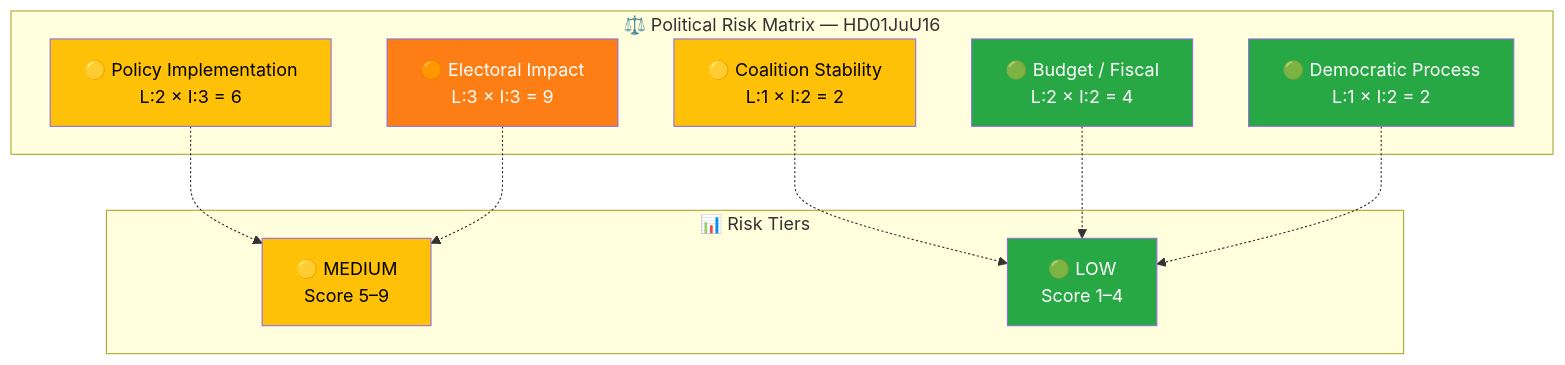
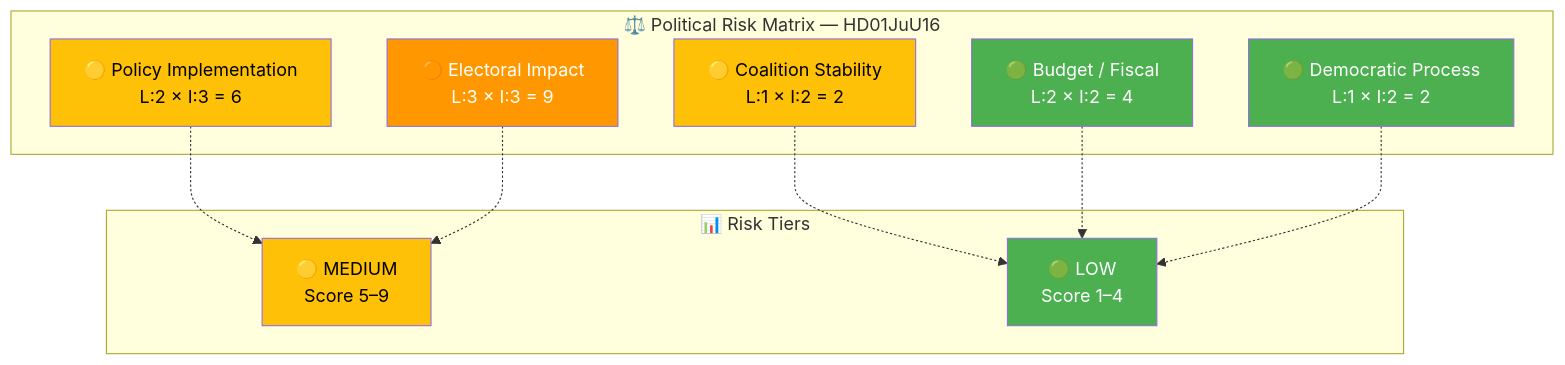
The second of 2 diagrams in analysis/daily/2026-03-27/committeeReports/documents/hd01juu16-analysis.md (Hack23/riksdagsmonitor), drawn with Mermaid before and after one commit. The commit also changed other lines of this file and 785 other files, not shown here.

First line of the commit message:
Normalize mermaid colors across 786 analysis artifacts to ISMS Style Guide palette

````diff
--- a/analysis/daily/2026-03-27/committeeReports/documents/hd01juu16-analysis.md
+++ b/analysis/daily/2026-03-27/committeeReports/documents/hd01juu16-analysis.md
@@ -82,29 +82,29 @@
 ```mermaid
 graph TD
     subgraph "⚖️ Political Risk Matrix — HD01JuU16"
         R1["🟡 Coalition Stability<br/>L:1 × I:2 = 2"]
         R2["🟡 Policy Implementation<br/>L:2 × I:3 = 6"]
         R3["🟢 Budget / Fiscal<br/>L:2 × I:2 = 4"]
         R4["🟠 Electoral Impact<br/>L:3 × I:3 = 9"]
         R5["🟢 Democratic Process<br/>L:1 × I:2 = 2"]
     end
 
     subgraph "📊 Risk Tiers"
         T3["🟡 MEDIUM<br/>Score 5–9"]
         T4["🟢 LOW<br/>Score 1–4"]
     end
 
     R1 -.-> T4
     R2 -.-> T3
     R3 -.-> T4
     R4 -.-> T3
     R5 -.-> T4
 
-    style R1 fill:#ffc107,color:#000
-    style R2 fill:#ffc107,color:#000
-    style R3 fill:#28a745,color:#fff
-    style R4 fill:#fd7e14,color:#fff
-    style R5 fill:#28a745,color:#fff
-    style T3 fill:#ffc107,color:#000
-    style T4 fill:#28a745,color:#fff
+    style R1 fill:#FFC107,color:#000000
+    style R2 fill:#FFC107,color:#000000
+    style R3 fill:#4CAF50,color:#FFFFFF
+    style R4 fill:#FF9800,color:#FFFFFF
+    style R5 fill:#4CAF50,color:#FFFFFF
+    style T3 fill:#FFC107,color:#000000
+    style T4 fill:#4CAF50,color:#FFFFFF
 ```
````
